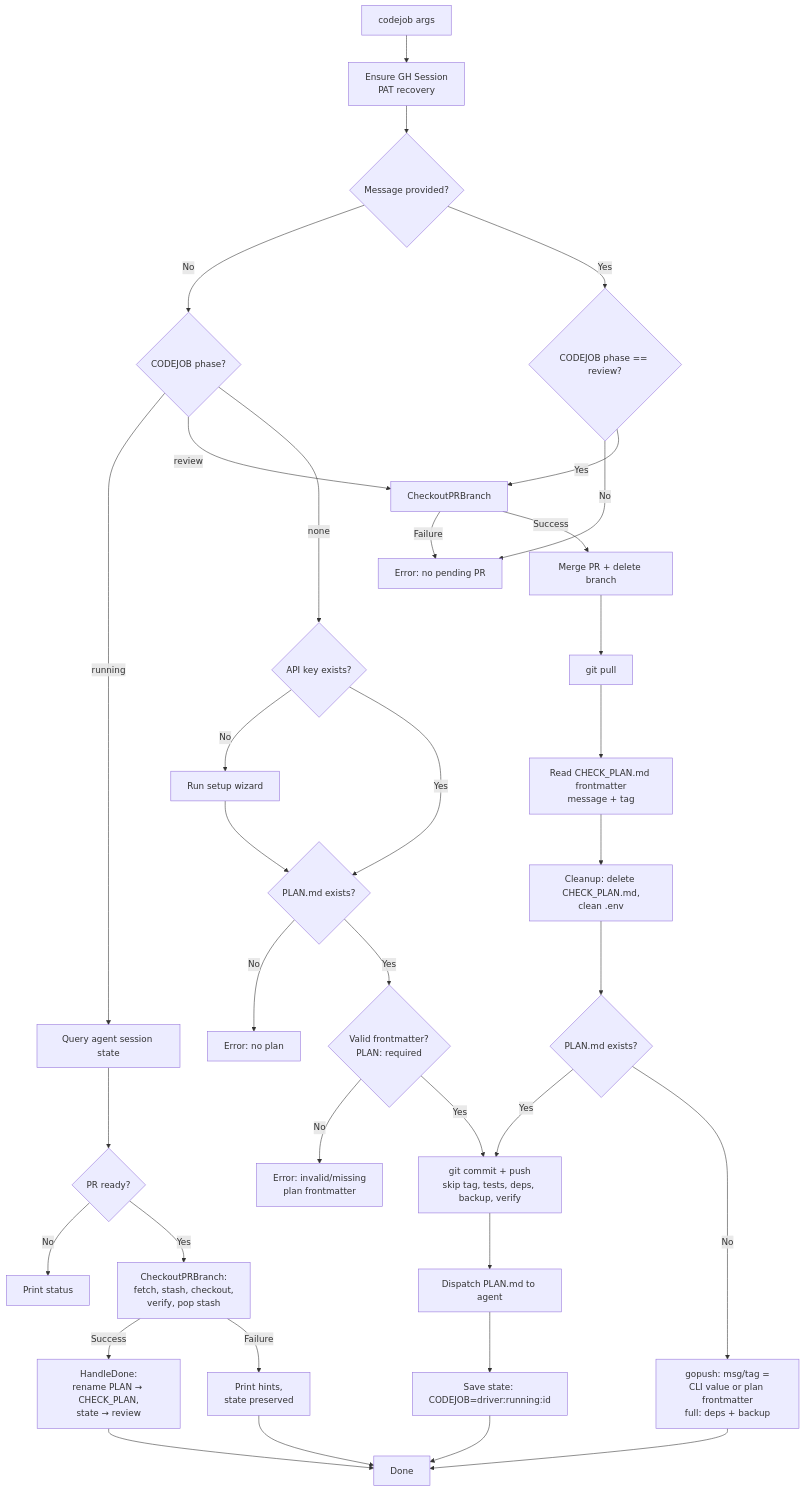
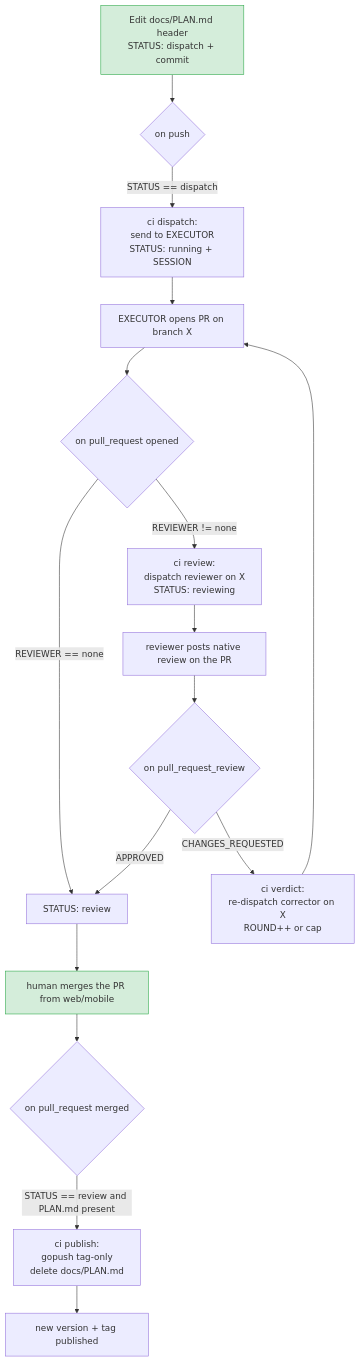
The second of 2 diagrams in docs/diagrams/CODEJOB_FLOW.md (tinywasm/devflow), drawn with Mermaid before and after one commit. The commit also changed other lines of this file and 3 other files, not shown here.

First line of the commit message:
docs: refocus codejob plan as an executable TDD spec; sync docs to target

````diff
--- a/docs/diagrams/CODEJOB_FLOW.md
+++ b/docs/diagrams/CODEJOB_FLOW.md
@@ -5,38 +33,21 @@
 ```mermaid
 flowchart TD
-    A[codejob args] --> GH[Ensure GH Session<br/>PAT recovery]
-    GH --> B{Message provided?}
-    B -- No --> C{CODEJOB phase?}
-    C -- running --> D[Query agent session state]
-    D --> E{PR ready?}
-    E -- No --> F[Print status]
-    E -- Yes --> G[CheckoutPRBranch:<br/>fetch, stash, checkout,<br/>verify, pop stash]
-    G -- Success --> G1[HandleDone:<br/>rename PLAN → CHECK_PLAN,<br/>state → review]
-    G -- Failure --> G2[Print hints,<br/>state preserved]
-    G2 --> U
-    G1 --> U
-    C -- review --> CP
-    C -- none --> H{API key exists?}
-    H -- No --> H1[Run setup wizard]
-    H1 --> I
-    H -- Yes --> I{PLAN.md exists?}
-    I -- No --> J[Error: no plan]
-    I -- Yes --> IV{Valid frontmatter?<br/>PLAN: required}
-    IV -- No --> JV[Error: invalid/missing<br/>plan frontmatter]
-    IV -- Yes --> K[git commit + push<br/>skip tag, tests, deps, backup, verify]
-    K --> L[Dispatch PLAN.md to agent]
-    L --> M[Save state: CODEJOB=driver:running:id]
-    B -- Yes --> N{CODEJOB phase == review?}
-    N -- No --> O[Error: no pending PR]
-    N -- Yes --> CP[CheckoutPRBranch]
-    CP -- Failure --> O
-    CP -- Success --> P[Merge PR + delete branch]
-    P --> Q[git pull]
-    Q --> RM[Read CHECK_PLAN.md frontmatter<br/>message + tag]
-    RM --> R[Cleanup: delete CHECK_PLAN.md,<br/>clean .env]
-    R --> S{PLAN.md exists?}
-    S -- Yes --> K
-    S -- No --> T[gopush: msg/tag =<br/>CLI value or plan frontmatter<br/>full: deps + backup]
-    T --> U[Done]
-    M --> U
+    A[Edit docs/PLAN.md header<br/>STATUS: dispatch + commit] --> E1{on push}
+    E1 -->|STATUS == dispatch| J1[ci dispatch:<br/>send to EXECUTOR<br/>STATUS: running + SESSION]
+    J1 --> PR[EXECUTOR opens PR on branch X]
+    PR --> E2{on pull_request opened}
+    E2 -->|REVIEWER != none| J2[ci review:<br/>dispatch reviewer on X<br/>STATUS: reviewing]
+    E2 -->|REVIEWER == none| RVW[STATUS: review]
+    J2 --> RV[reviewer posts native review on the PR]
+    RV --> E3{on pull_request_review}
+    E3 -->|CHANGES_REQUESTED| J3[ci verdict:<br/>re-dispatch corrector on X<br/>ROUND++ or cap]
+    E3 -->|APPROVED| RVW
+    J3 --> PR
+    RVW --> M[human merges the PR from web/mobile]
+    M --> E4{on pull_request merged}
+    E4 -->|STATUS == review and PLAN.md present| J4[ci publish:<br/>gopush tag-only<br/>delete docs/PLAN.md]
+    J4 --> DONE[new version + tag published]
+
+    style A fill:#d4edda,stroke:#28a745
+    style M fill:#d4edda,stroke:#28a745
 ```
````
